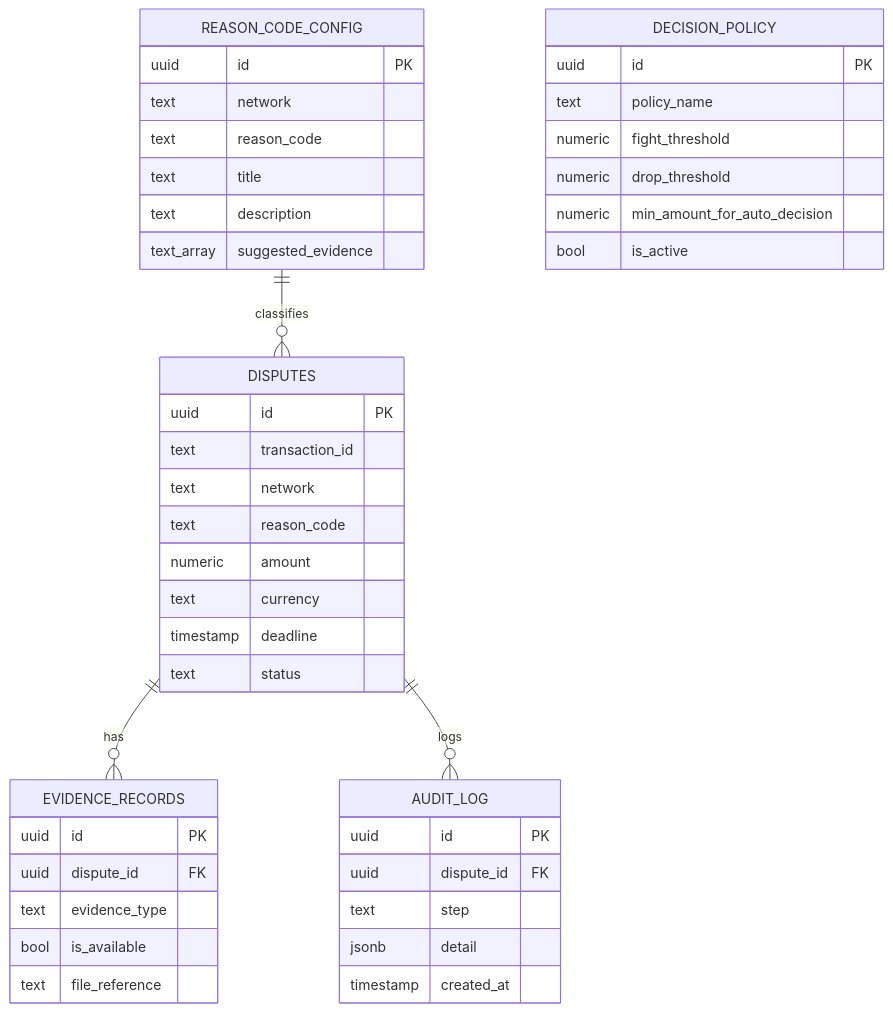
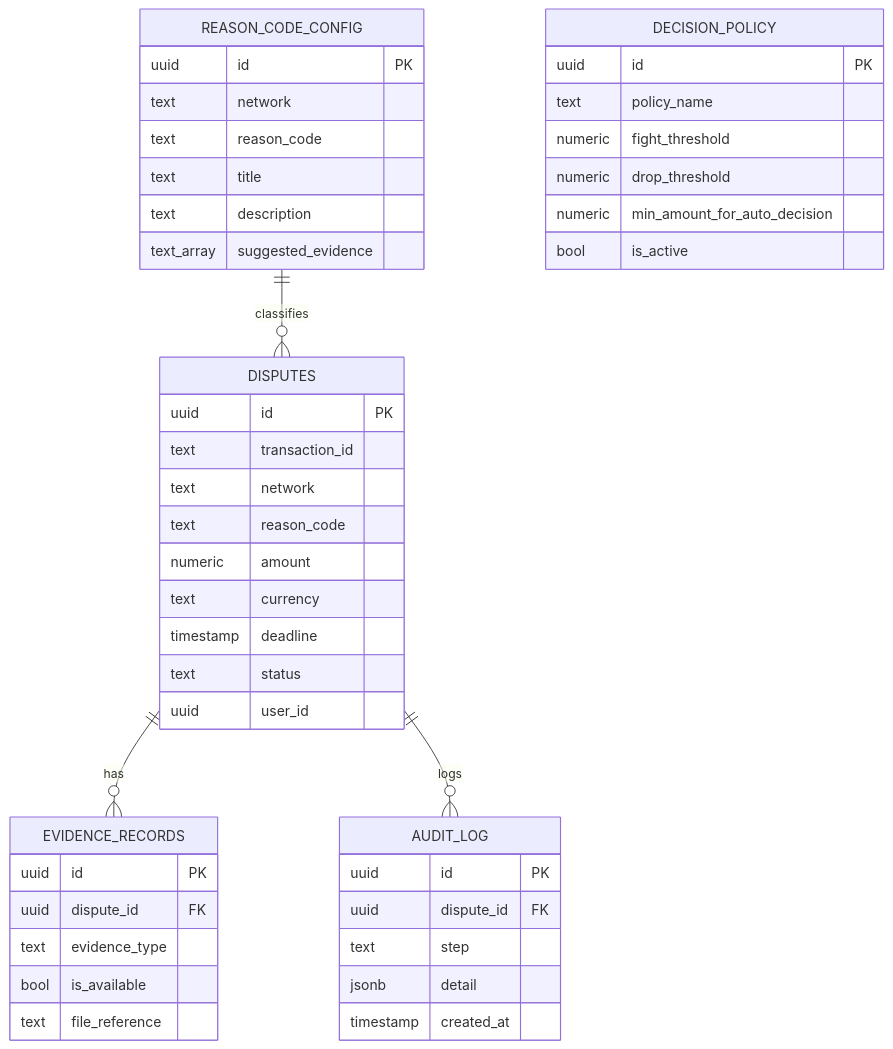
One commit to shreeja99/Dispute-Desk changed the third of 3 diagrams in README.md. Above: the diagram before and after it, drawn with Mermaid. The commit also changed other lines of this file, not shown here.

Commit message:
docs: add real-vs-mocked table, honest bug story, sourcing, and fix schema/endpoint accuracy

````diff
--- a/README.md
+++ b/README.md
@@ -165,47 +173,48 @@
 ```mermaid
 erDiagram
     REASON_CODE_CONFIG {
         uuid id PK
         text network
         text reason_code
         text title
         text description
         text_array suggested_evidence
     }
     DECISION_POLICY {
         uuid id PK
         text policy_name
         numeric fight_threshold
         numeric drop_threshold
         numeric min_amount_for_auto_decision
         bool is_active
     }
     DISPUTES {
         uuid id PK
         text transaction_id
         text network
         text reason_code
         numeric amount
         text currency
         timestamp deadline
         text status
+        uuid user_id
     }
     EVIDENCE_RECORDS {
         uuid id PK
         uuid dispute_id FK
         text evidence_type
         bool is_available
         text file_reference
     }
     AUDIT_LOG {
         uuid id PK
         uuid dispute_id FK
         text step
         jsonb detail
         timestamp created_at
     }
 
     DISPUTES ||--o{ EVIDENCE_RECORDS : "has"
     DISPUTES ||--o{ AUDIT_LOG : "logs"
     REASON_CODE_CONFIG ||--o{ DISPUTES : "classifies"
 ```
````
